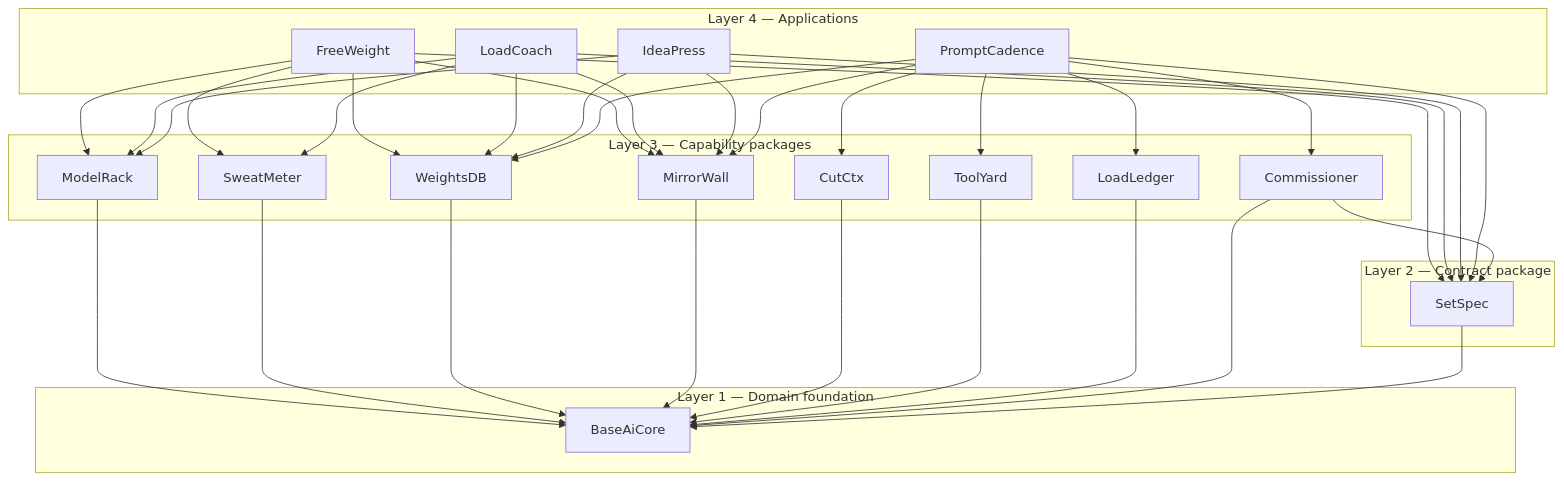
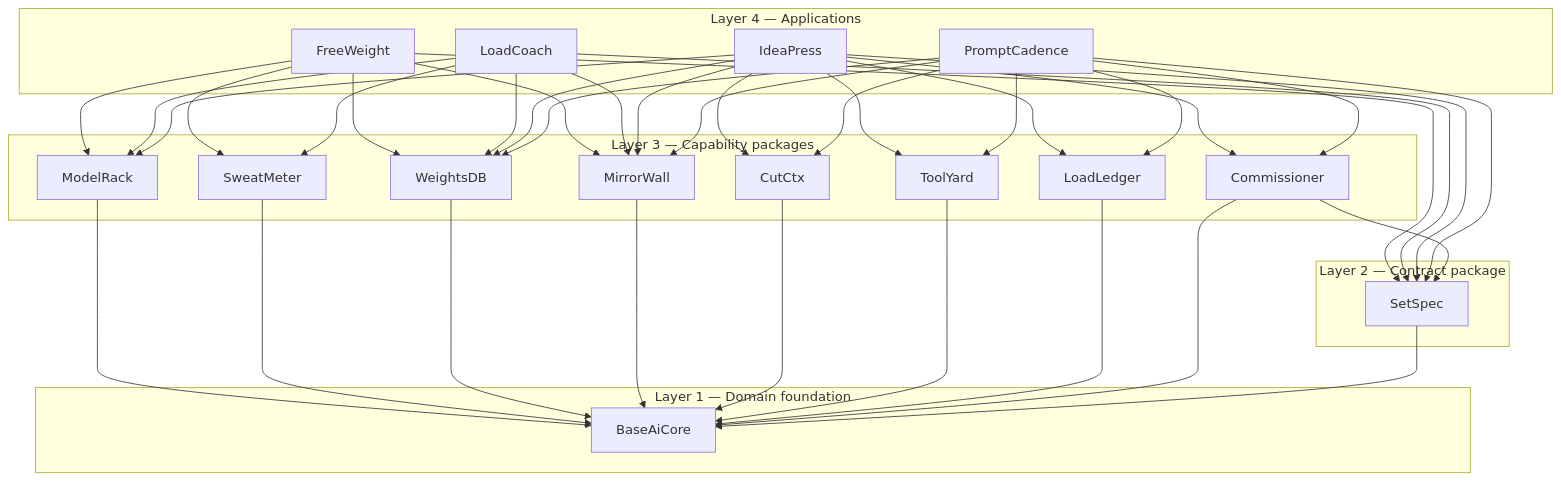
One commit to JPKell/OpenWeight-Gym changed the first of 10 diagrams in architecture/master-architecture.md. Above: the diagram before and after it, drawn with Mermaid. The commit also changed other lines of this file and 7 other files, not shown here.

Commit message:
docs(N1): reconcile the dependency diagrams; drop pydantic-settings from four specs

````diff
--- a/architecture/master-architecture.md
+++ b/architecture/master-architecture.md
@@ -154,40 +158,40 @@
 ```mermaid
 graph TD
     subgraph L4["Layer 4 — Applications"]
         FW[FreeWeight]
         LC[LoadCoach]
         IP[IdeaPress]
         PC[PromptCadence]
     end
     subgraph L3["Layer 3 — Capability packages"]
         MR[ModelRack]
         SM[SweatMeter]
         WD[WeightsDB]
         MW[MirrorWall]
         CC[CutCtx]
         TY[ToolYard]
         LL[LoadLedger]
         SC[Commissioner]
     end
     subgraph L2["Layer 2 — Contract package"]
         SS[SetSpec]
     end
     subgraph L1["Layer 1 — Domain foundation"]
         BC[BaseAiCore]
     end
 
     FW --> MR & SM & WD & MW & SS
     LC --> MR & SM & WD & MW & SS
-    IP --> MR & WD & MW & SS
+    IP --> MR & WD & MW & SS & CC & LL & SC & TY
     PC --> WD & MW & SS & CC & TY & LL & SC
     MR --> BC
     SM --> BC
     WD --> BC
     MW --> BC
     CC --> BC
     TY --> BC
     LL --> BC
     SC --> BC
     SC --> SS
     SS --> BC
 ```
````
